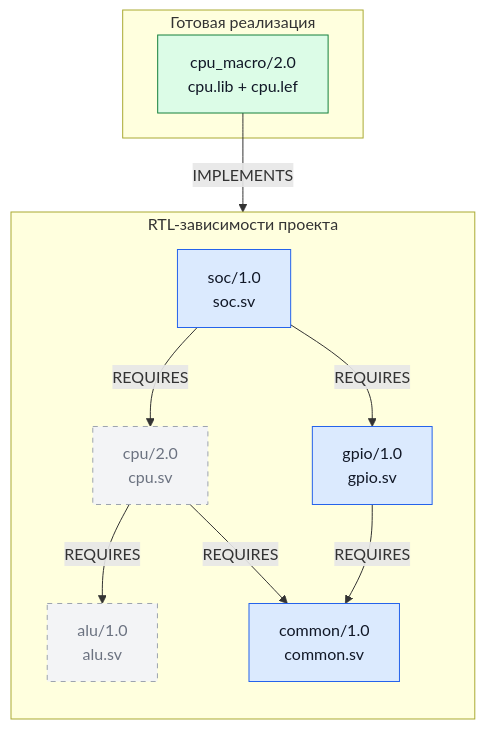
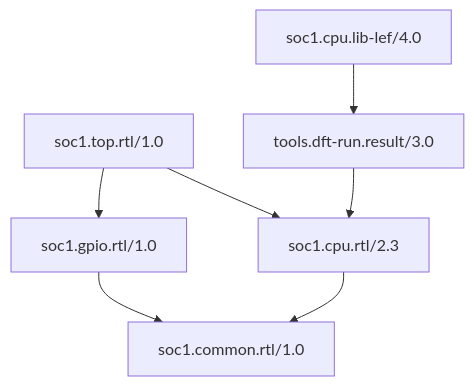
The diagram in docs/use-cases.md (Bigyin1/CoreRef), drawn with Mermaid before and after one commit. The commit also changed other lines of this file and 42 other files, not shown here.

````diff
--- a/docs/use-cases.md
+++ b/docs/use-cases.md
@@ -47,30 +16,9 @@
 ```mermaid
 flowchart TB
-    subgraph RTL["RTL-зависимости проекта"]
-        direction TB
-        SOC["soc/1.0<br/>soc.sv"]
-        CPU["cpu/2.0<br/>cpu.sv"]
-        GPIO["gpio/1.0<br/>gpio.sv"]
-        ALU["alu/1.0<br/>alu.sv"]
-        COMMON["common/1.0<br/>common.sv"]
-
-        SOC -->|REQUIRES| CPU
-        SOC -->|REQUIRES| GPIO
-        CPU -->|REQUIRES| ALU
-        CPU -->|REQUIRES| COMMON
-        GPIO -->|REQUIRES| COMMON
-    end
-
-    subgraph READY["Готовая реализация"]
-        MACRO["cpu_macro/2.0<br/>cpu.lib + cpu.lef"]
-    end
-
-    MACRO -->|IMPLEMENTS| CPU
-
-    classDef rtl fill:#dbeafe,stroke:#2563eb,color:#111827
-    classDef excluded fill:#f3f4f6,stroke:#9ca3af,color:#6b7280,stroke-dasharray:5 5
-    classDef macro fill:#dcfce7,stroke:#15803d,color:#111827
-    class SOC,GPIO,COMMON rtl
-    class CPU,ALU excluded
-    class MACRO macro
+    TOP["soc1.top.rtl/1.0"] --> CPU["soc1.cpu.rtl/2.3"]
+    TOP --> GPIO["soc1.gpio.rtl/1.0"]
+    CPU --> COMMON["soc1.common.rtl/1.0"]
+    GPIO --> COMMON
+    BE["soc1.cpu.lib-lef/4.0"] --> DFT["tools.dft-run.result/3.0"]
+    DFT --> CPU
 ```
````
